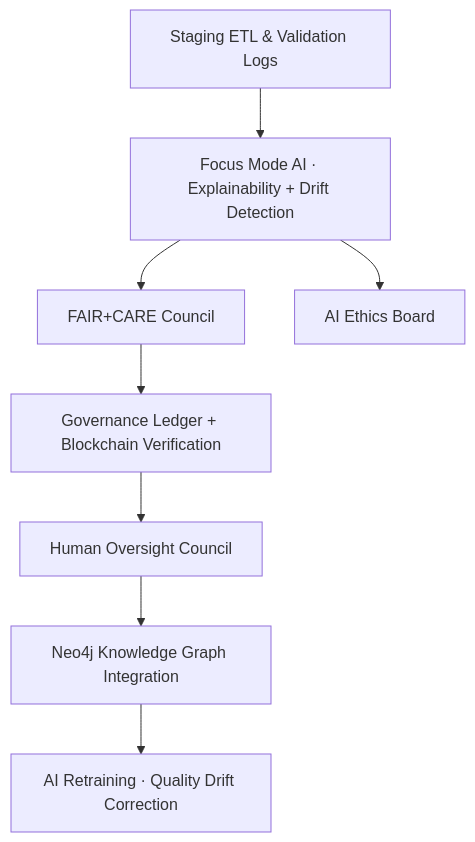
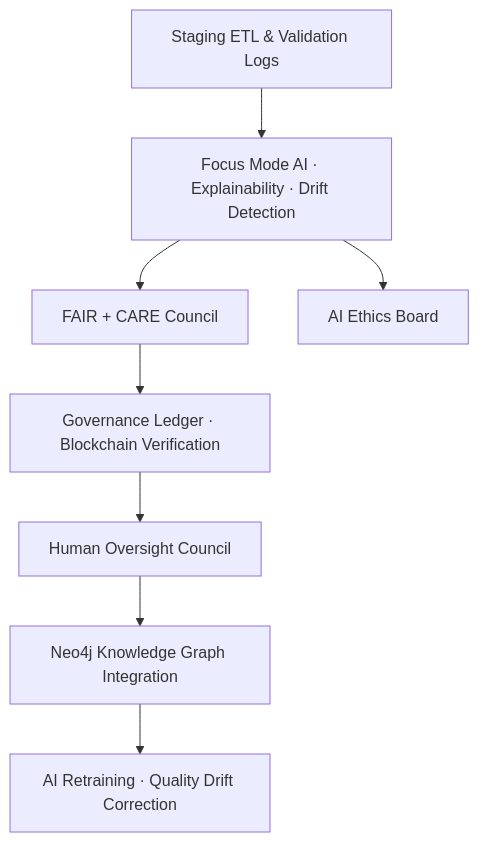
Before and after one commit to bartytime4life/Kansas-Frontier-Matrix: the first of 2 diagrams in data/work/staging/terrain/README.md, drawn with Mermaid. The commit also changed other lines of this file, not shown here.

`````diff
--- a/data/work/staging/terrain/README.md
+++ b/data/work/staging/terrain/README.md
@@ -68,10 +68,10 @@
 ```mermaid
 graph TD
-A[Staging ETL & Validation Logs] --> B[Focus Mode AI · Explainability + Drift Detection]
-B --> C[FAIR+CARE Council]
-B --> D[AI Ethics Board]
-C --> E[Governance Ledger + Blockchain Verification]
-E --> F[Human Oversight Council]
-F --> G[Neo4j Knowledge Graph Integration]
-G --> H[AI Retraining · Quality Drift Correction]
-```
+A["Staging ETL & Validation Logs"] --> B["Focus Mode AI · Explainability · Drift Detection"]
+B --> C["FAIR + CARE Council"]
+B --> D["AI Ethics Board"]
+C --> E["Governance Ledger · Blockchain Verification"]
+E --> F["Human Oversight Council"]
+F --> G["Neo4j Knowledge Graph Integration"]
+G --> H["AI Retraining · Quality Drift Correction"]
+````
`````
